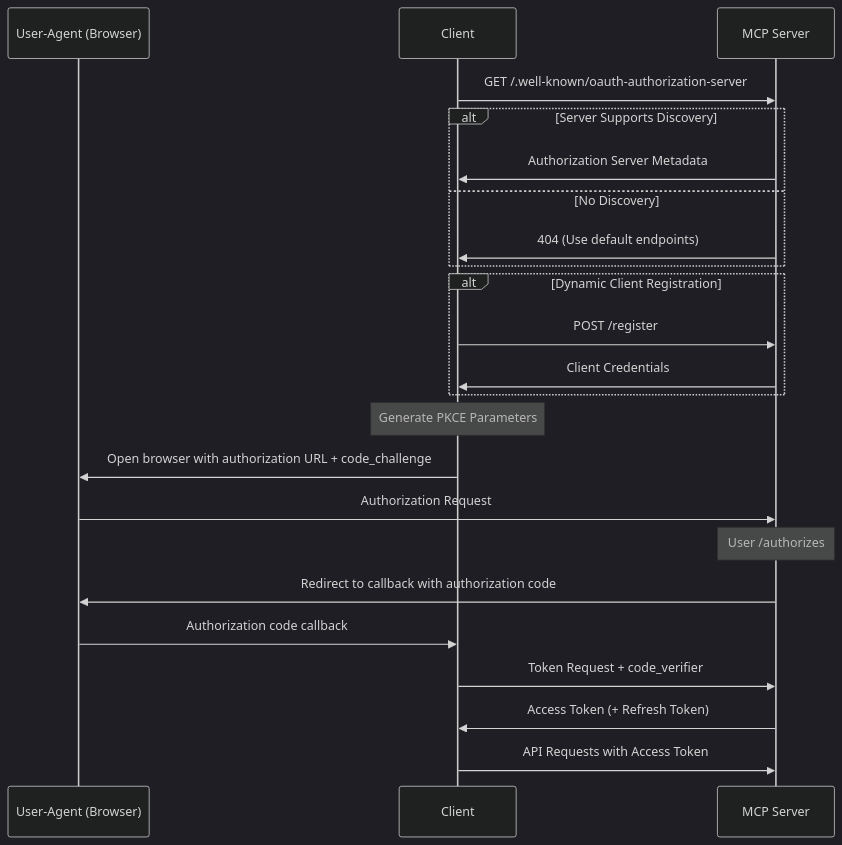
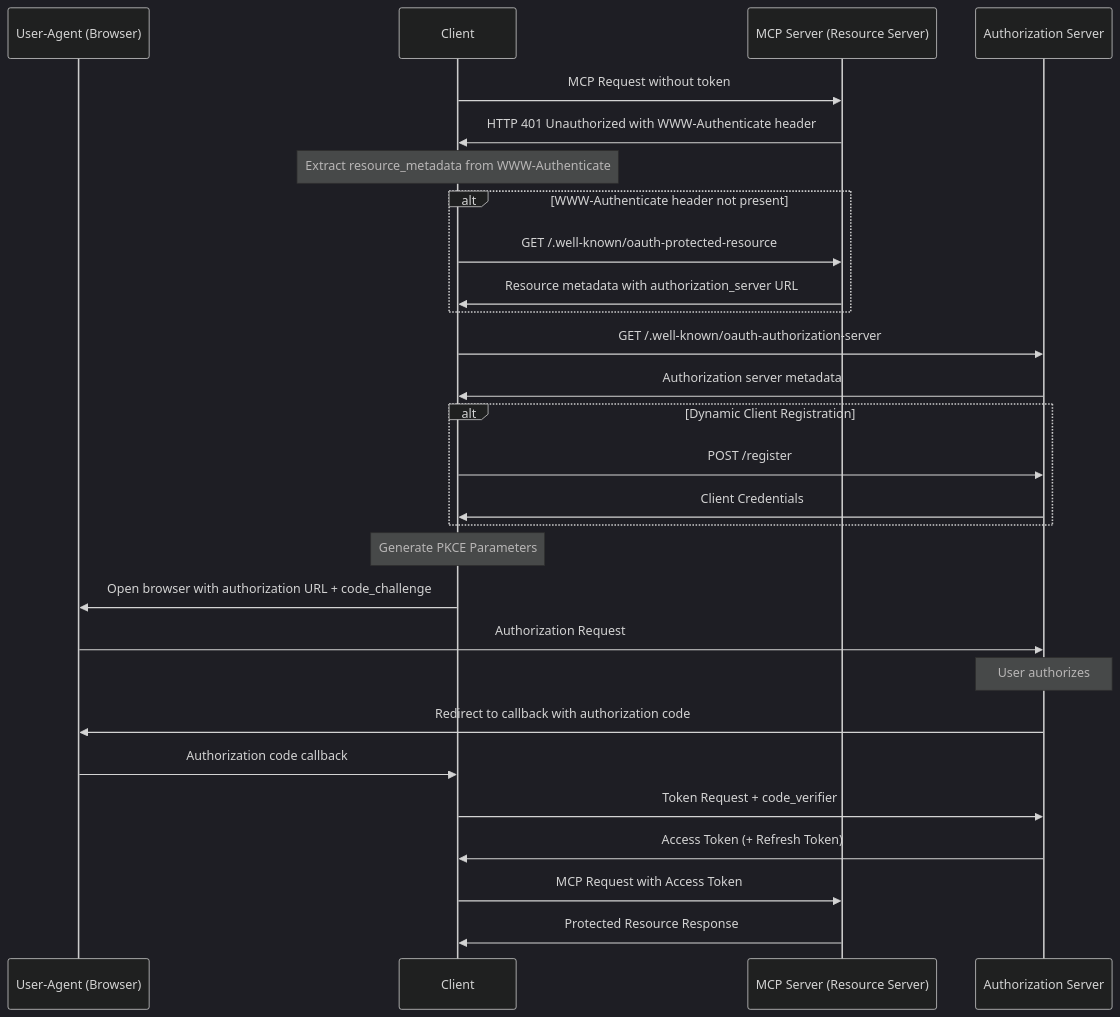
The second of 2 diagrams in docs/specification/draft/basic/authorization.mdx (zcstarr/modelcontextprotocol), drawn with Mermaid (dark theme) before and after one commit. The commit also changed other lines of this file, not shown here.

Commit message:
authorization: separate AS/RS

````diff
--- a/docs/specification/draft/basic/authorization.mdx
+++ b/docs/specification/draft/basic/authorization.mdx
@@ -207,28 +172,35 @@
 ```mermaid
 sequenceDiagram
     participant B as User-Agent (Browser)
     participant C as Client
-    participant M as MCP Server
+    participant M as MCP Server (Resource Server)
+    participant A as Authorization Server
 
-    C->>M: GET /.well-known/oauth-authorization-server
-    alt Server Supports Discovery
-        M->>C: Authorization Server Metadata
-    else No Discovery
-        M->>C: 404 (Use default endpoints)
+    C->>M: MCP Request without token
+    M->>C: HTTP 401 Unauthorized with WWW-Authenticate header
+    Note over C: Extract resource_metadata from WWW-Authenticate
+
+    alt WWW-Authenticate header not present
+        C->>M: GET /.well-known/oauth-protected-resource
+        M->>C: Resource metadata with authorization_server URL
     end
 
+    C->>A: GET /.well-known/oauth-authorization-server
+    A->>C: Authorization server metadata
+
     alt Dynamic Client Registration
-        C->>M: POST /register
-        M->>C: Client Credentials
+        C->>A: POST /register
+        A->>C: Client Credentials
     end
 
     Note over C: Generate PKCE Parameters
     C->>B: Open browser with authorization URL + code_challenge
-    B->>M: Authorization Request
-    Note over M: User /authorizes
-    M->>B: Redirect to callback with authorization code
+    B->>A: Authorization Request
+    Note over A: User authorizes
+    A->>B: Redirect to callback with authorization code
     B->>C: Authorization code callback
-    C->>M: Token Request + code_verifier
-    M->>C: Access Token (+ Refresh Token)
-    C->>M: API Requests with Access Token
+    C->>A: Token Request + code_verifier
+    A->>C: Access Token (+ Refresh Token)
+    C->>M: MCP Request with Access Token
+    M->>C: Protected Resource Response
 ```
````
